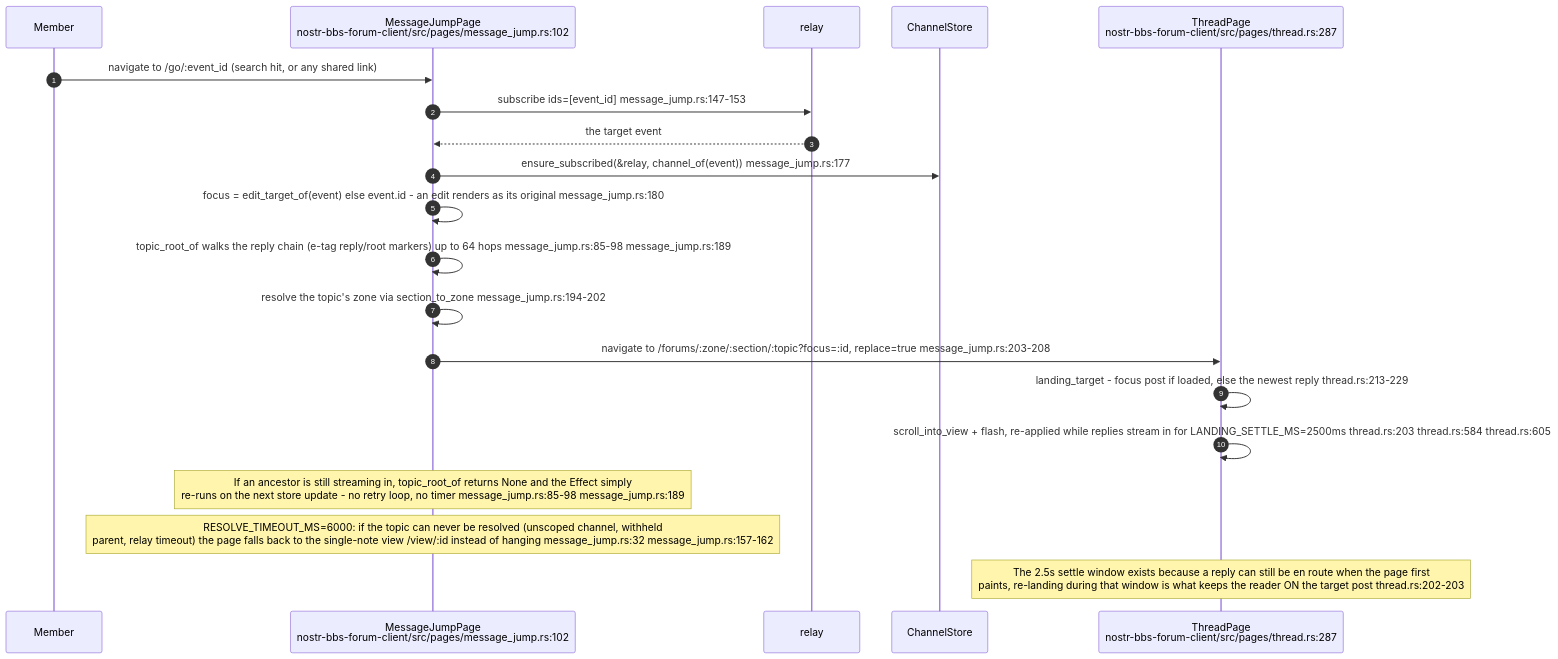
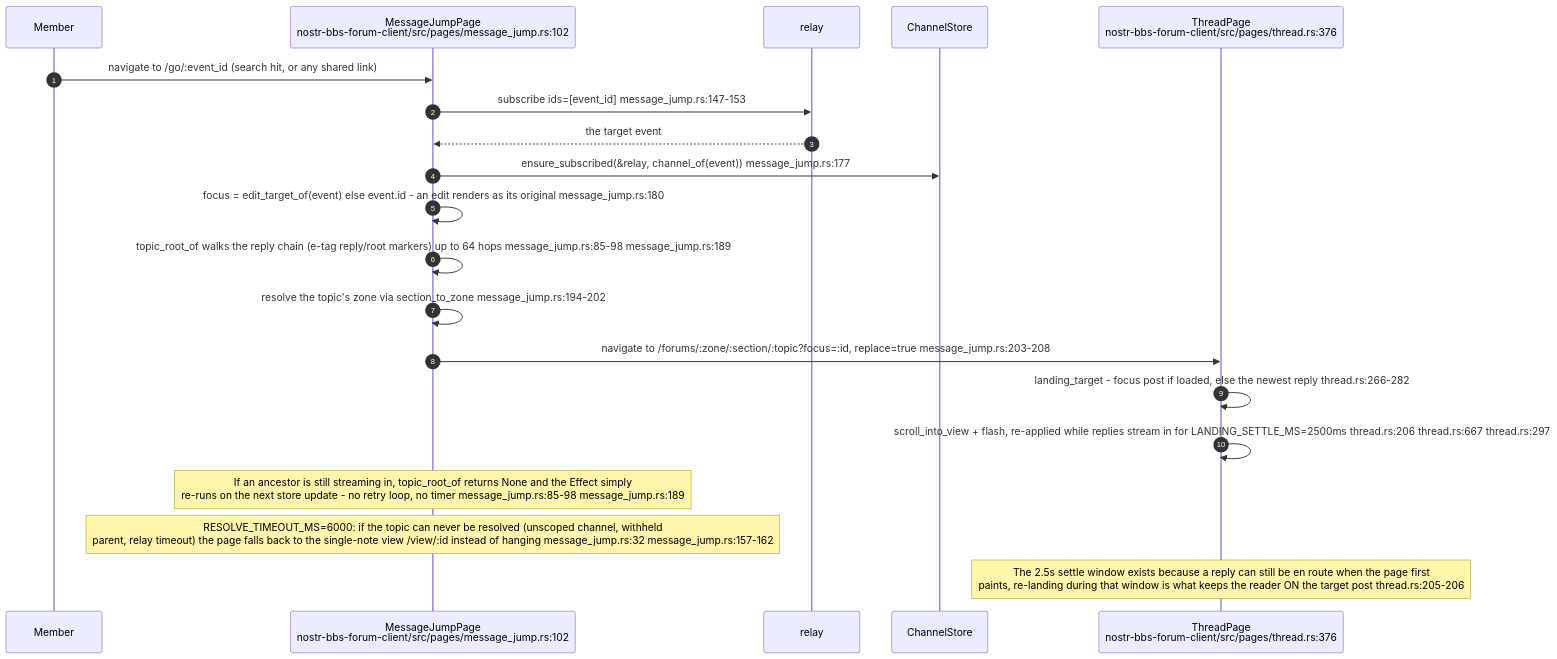
Before and after one commit to DreamLab-AI/VisionFlow: diagram 15 of 16 in docs/diagrams/nostr-rust-forum/05-leptos-clients-onboarding-messaging-governance.md, drawn with Mermaid. The commit also changed other lines of this file and 111 other files, not shown here.

Commit message:
docs(diagrams): align estate maps with current source

````diff
--- a/docs/diagrams/nostr-rust-forum/05-leptos-clients-onboarding-messaging-governance.md
+++ b/docs/diagrams/nostr-rust-forum/05-leptos-clients-onboarding-messaging-governance.md
@@ -476,25 +476,25 @@
 ```mermaid
 sequenceDiagram
     autonumber
     participant U as Member
     participant MJ as MessageJumpPage<br/>nostr-bbs-forum-client/src/pages/message_jump.rs:102
     participant R as relay
     participant CS as ChannelStore
-    participant TP as ThreadPage<br/>nostr-bbs-forum-client/src/pages/thread.rs:287
+    participant TP as ThreadPage<br/>nostr-bbs-forum-client/src/pages/thread.rs:376
 
     U->>MJ: navigate to /go/:event_id (search hit, or any shared link)
     MJ->>R: subscribe ids=[event_id] message_jump.rs:147-153
     R-->>MJ: the target event
     MJ->>CS: ensure_subscribed(&relay, channel_of(event)) message_jump.rs:177
     MJ->>MJ: focus = edit_target_of(event) else event.id - an edit renders as its original message_jump.rs:180
     MJ->>MJ: topic_root_of walks the reply chain (e-tag reply/root markers) up to 64 hops message_jump.rs:85-98 message_jump.rs:189
     MJ->>MJ: resolve the topic's zone via section_to_zone message_jump.rs:194-202
     MJ->>TP: navigate to /forums/:zone/:section/:topic?focus=:id, replace=true message_jump.rs:203-208
 
-    TP->>TP: landing_target - focus post if loaded, else the newest reply thread.rs:213-229
-    TP->>TP: scroll_into_view + flash, re-applied while replies stream in for LANDING_SETTLE_MS=2500ms thread.rs:203 thread.rs:584 thread.rs:605
+    TP->>TP: landing_target - focus post if loaded, else the newest reply thread.rs:266-282
+    TP->>TP: scroll_into_view + flash, re-applied while replies stream in for LANDING_SETTLE_MS=2500ms thread.rs:206 thread.rs:667 thread.rs:297
 
     Note over MJ: If an ancestor is still streaming in, topic_root_of returns None and the Effect simply<br/>re-runs on the next store update - no retry loop, no timer message_jump.rs:85-98 message_jump.rs:189
     Note over MJ: RESOLVE_TIMEOUT_MS=6000: if the topic can never be resolved (unscoped channel, withheld<br/>parent, relay timeout) the page falls back to the single-note view /view/:id instead of hanging message_jump.rs:32 message_jump.rs:157-162
-    Note over TP: The 2.5s settle window exists because a reply can still be en route when the page first<br/>paints, re-landing during that window is what keeps the reader ON the target post thread.rs:202-203
+    Note over TP: The 2.5s settle window exists because a reply can still be en route when the page first<br/>paints, re-landing during that window is what keeps the reader ON the target post thread.rs:205-206
 ```
````
